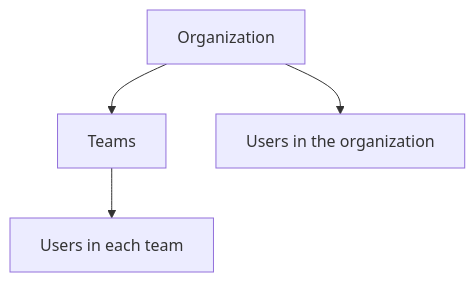
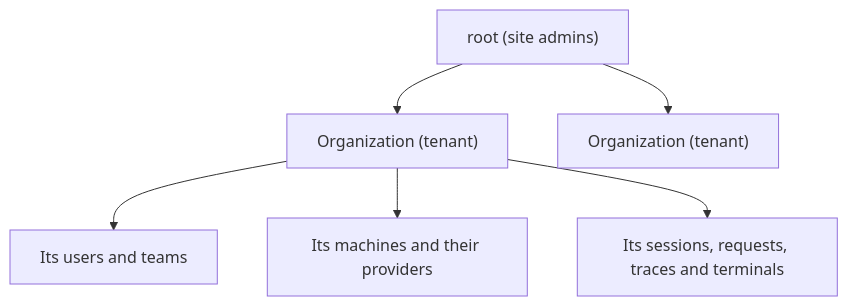
One commit to joeyenfield/ai-coding-agent-proxy changed the diagram in docs/accounts.md. Above: the diagram before and after it, drawn with Mermaid. The commit also changed other lines of this file and 52 other files, not shown here.

Commit message:
Make every organization a tenant under root: users, machines, providers, sessions and their records never cross tenants

````diff
--- a/docs/accounts.md
+++ b/docs/accounts.md
@@ -22,6 +15,8 @@
 ```mermaid
 flowchart TD
-  Organization --> Teams
-  Organization --> Members["Users in the organization"]
-  Teams --> TeamMembers["Users in each team"]
+  Root["root (site admins)"] --> A["Organization (tenant)"]
+  Root --> B["Organization (tenant)"]
+  A --> Users["Its users and teams"]
+  A --> Machines["Its machines and their providers"]
+  A --> Sessions["Its sessions, requests, traces and terminals"]
 ```
````
